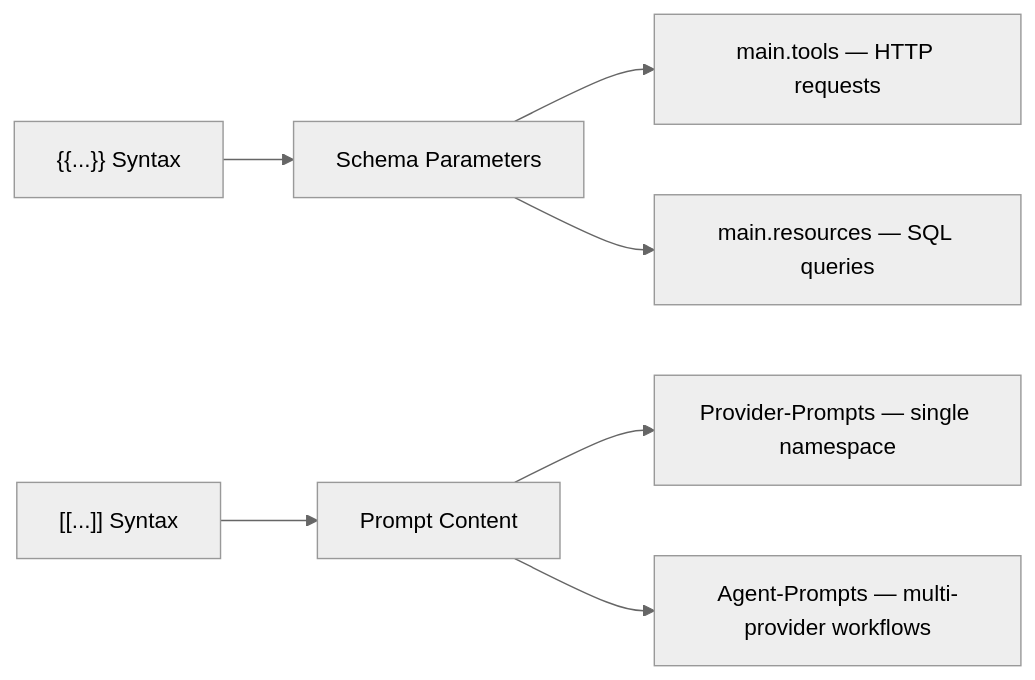
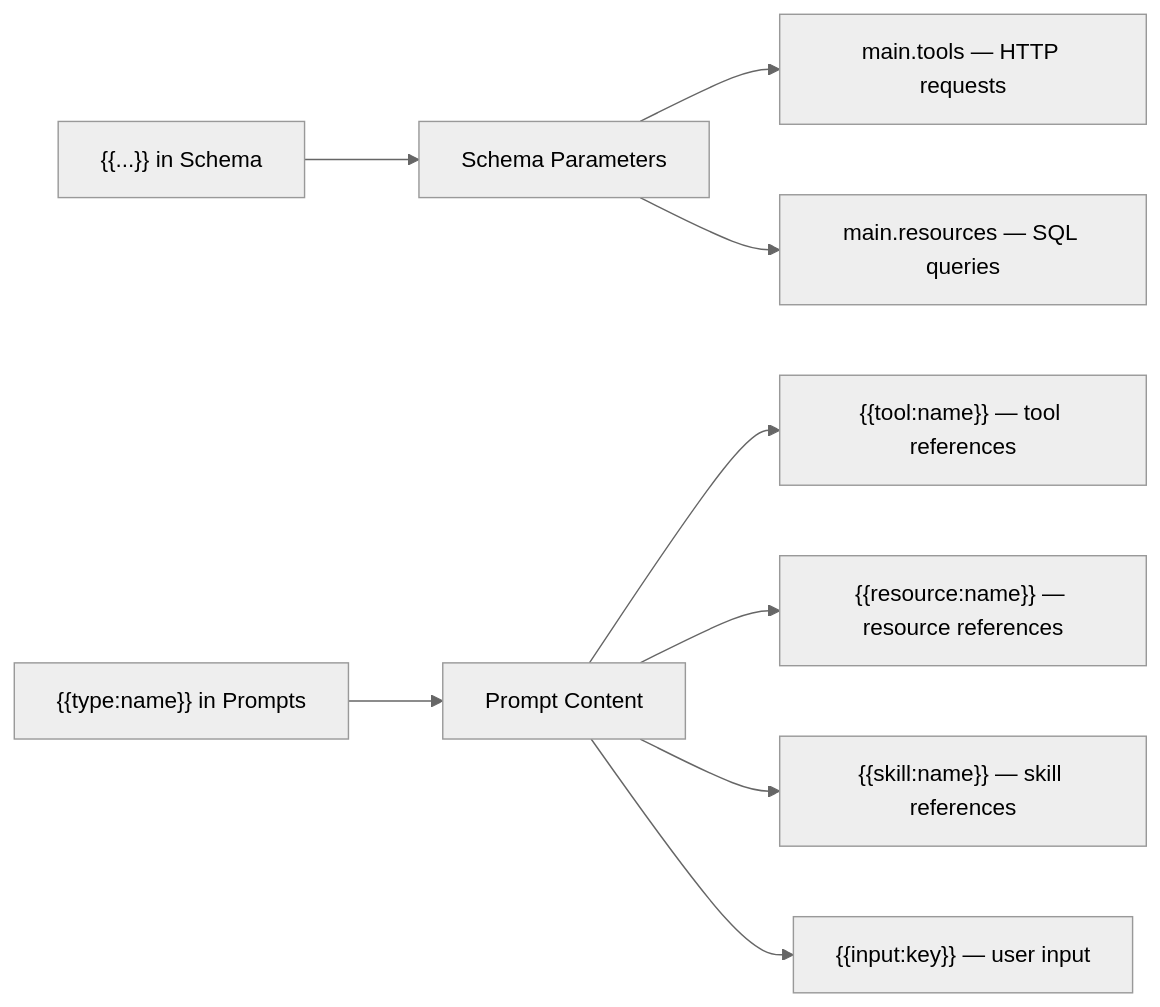
The diagram in spec/v3.0.0/02-parameters.md (FlowMCP/flowmcp-spec), drawn with Mermaid (neutral theme) before and after one commit. The commit also changed other lines of this file and 9 other files, not shown here.

````diff
--- a/spec/v3.0.0/02-parameters.md
+++ b/spec/v3.0.0/02-parameters.md
@@ -262,10 +262,12 @@
 ```mermaid
 flowchart LR
-    A["{{...}} Syntax"] --> B["Schema Parameters"]
+    A["{{...}} in Schema"] --> B["Schema Parameters"]
     B --> C["main.tools — HTTP requests"]
     B --> D["main.resources — SQL queries"]
 
-    E["[[...]] Syntax"] --> F["Prompt Content"]
-    F --> G["Provider-Prompts — single namespace"]
-    F --> H["Agent-Prompts — multi-provider workflows"]
+    E["{{type:name}} in Prompts"] --> F["Prompt Content"]
+    F --> G["{{tool:name}} — tool references"]
+    F --> H["{{resource:name}} — resource references"]
+    F --> I["{{skill:name}} — skill references"]
+    F --> J["{{input:key}} — user input"]
 ```
````
